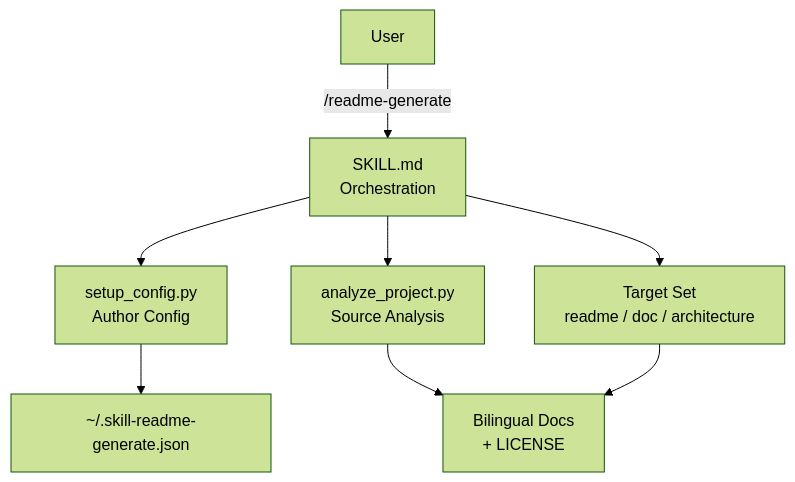
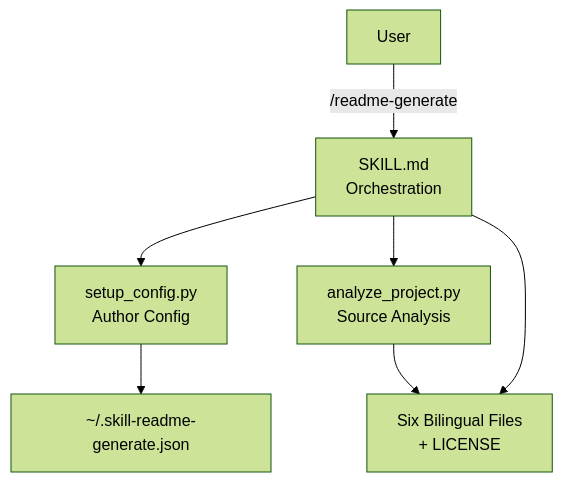
The diagram in README.md (agenvoy/skill-readme-generate), drawn with Mermaid (forest theme) before and after one commit. The commit also changed other lines of this file and 6 other files, not shown here.

````diff
--- a/README.md
+++ b/README.md
@@ -39,10 +39,9 @@
 ```mermaid
 graph TB
     User[User] -->|/readme-generate| SKILL[SKILL.md<br/>Orchestration]
     SKILL --> Config[setup_config.py<br/>Author Config]
     SKILL --> Analyze[analyze_project.py<br/>Source Analysis]
     Config --> JSON[~/.skill-readme-generate.json]
-    SKILL --> Target[Target Set<br/>readme / doc / architecture]
-    Analyze --> Output[Bilingual Docs<br/>+ LICENSE]
-    Target --> Output
+    Analyze --> Output[Six Bilingual Files<br/>+ LICENSE]
+    SKILL --> Output
 ```
````
